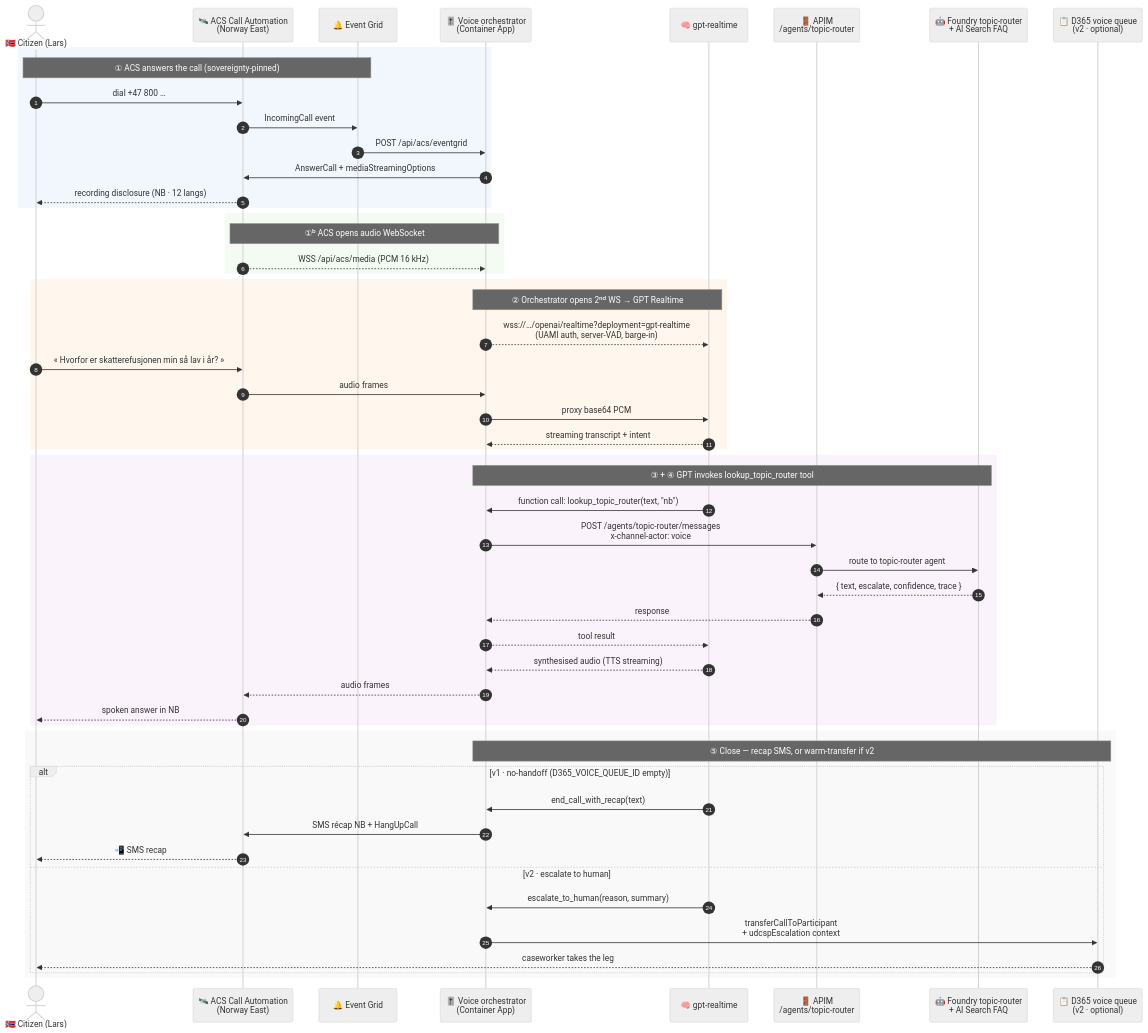
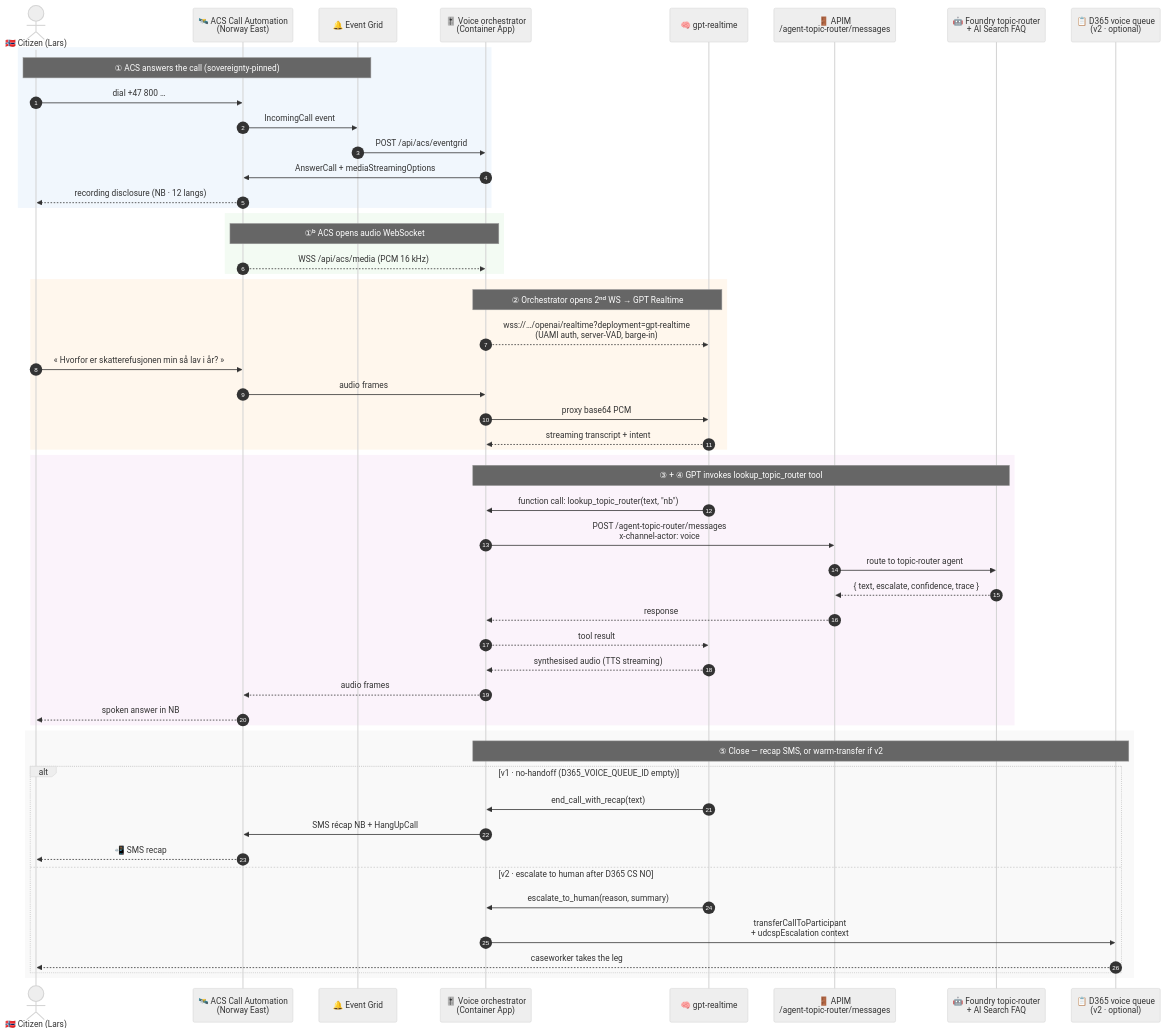
The sixth of 6 diagrams in docs/biz/voice.md (fredgis/UDCSP), drawn with Mermaid (neutral theme) before and after one commit. The commit also changed other lines of this file and 37 other files, not shown here.

````diff
--- a/docs/biz/voice.md
+++ b/docs/biz/voice.md
@@ -519,61 +527,61 @@
 ```mermaid
 sequenceDiagram
     autonumber
     actor C as 🇳🇴 Citizen (Lars)
     participant ACS as 🛰️ ACS Call Automation<br/>(Norway East)
     participant EG as 🔔 Event Grid
     participant ORCH as 🎚️ Voice orchestrator<br/>(Container App)
     participant GPT as 🧠 gpt-realtime
-    participant API as 🚪 APIM<br/>/agents/topic-router
+    participant API as 🚪 APIM<br/>/agent-topic-router/messages
     participant FND as 🤖 Foundry topic-router<br/>+ AI Search FAQ
     participant D365 as 📋 D365 voice queue<br/>(v2 · optional)
 
     rect rgba(220,235,250,.4)
     Note over C,EG: ① ACS answers the call (sovereignty-pinned)
     C->>ACS: dial +47 800 …
     ACS->>EG: IncomingCall event
     EG->>ORCH: POST /api/acs/eventgrid
     ORCH->>ACS: AnswerCall + mediaStreamingOptions
     ACS-->>C: recording disclosure (NB · 12 langs)
     end
 
     rect rgba(225,245,225,.4)
     Note over ACS,ORCH: ①ᵇ ACS opens audio WebSocket
     ACS-->>ORCH: WSS /api/acs/media (PCM 16 kHz)
     end
 
     rect rgba(255,235,210,.4)
     Note over ORCH,GPT: ② Orchestrator opens 2ⁿᵈ WS → GPT Realtime
     ORCH-->>GPT: wss://…/openai/realtime?deployment=gpt-realtime<br/>(UAMI auth, server-VAD, barge-in)
     C->>ACS: « Hvorfor er skatterefusjonen min så lav i år? »
     ACS->>ORCH: audio frames
     ORCH->>GPT: proxy base64 PCM
     GPT-->>ORCH: streaming transcript + intent
     end
 
     rect rgba(245,225,245,.4)
     Note over ORCH,FND: ③ + ④ GPT invokes lookup_topic_router tool
     GPT->>ORCH: function call: lookup_topic_router(text, "nb")
-    ORCH->>API: POST /agents/topic-router/messages<br/>x-channel-actor: voice
+    ORCH->>API: POST /agent-topic-router/messages<br/>x-channel-actor: voice
     API->>FND: route to topic-router agent
     FND-->>API: { text, escalate, confidence, trace }
     API-->>ORCH: response
     ORCH-->>GPT: tool result
     GPT-->>ORCH: synthesised audio (TTS streaming)
     ORCH-->>ACS: audio frames
     ACS-->>C: spoken answer in NB
     end
 
     rect rgba(240,240,240,.4)
     Note over ORCH,D365: ⑤ Close — recap SMS, or warm-transfer if v2
     alt v1 · no-handoff (D365_VOICE_QUEUE_ID empty)
         GPT->>ORCH: end_call_with_recap(text)
         ORCH->>ACS: SMS récap NB + HangUpCall
         ACS-->>C: 📲 SMS recap
-    else v2 · escalate to human
+    else v2 · escalate to human after D365 CS NO
         GPT->>ORCH: escalate_to_human(reason, summary)
         ORCH->>D365: transferCallToParticipant<br/>+ udcspEscalation context
         D365-->>C: caseworker takes the leg
     end
     end
 ```
````
